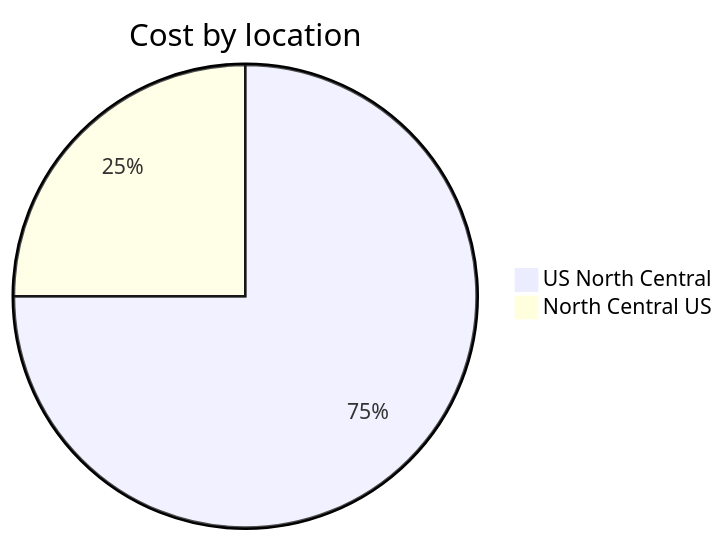
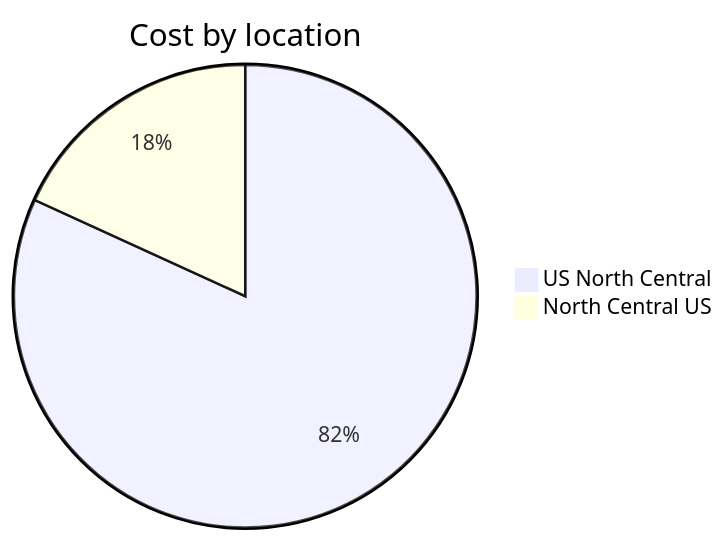
One commit to jpfulton/azure-personal-reports changed the third of 4 diagrams in cost-reports/personal-network/backup-server_OsDisk.md. Above: the diagram before and after it, drawn with Mermaid. The commit also changed other lines of this file and 8 other files, not shown here.

````diff
--- a/cost-reports/personal-network/backup-server_OsDisk.md
+++ b/cost-reports/personal-network/backup-server_OsDisk.md
@@ -106,6 +106,6 @@
 ```mermaid
 pie
    title Cost by location
-   "US North Central" : 0.03
-   "North Central US" : 0.01
+   "US North Central" : 0.09
+   "North Central US" : 0.02
 ```
````
